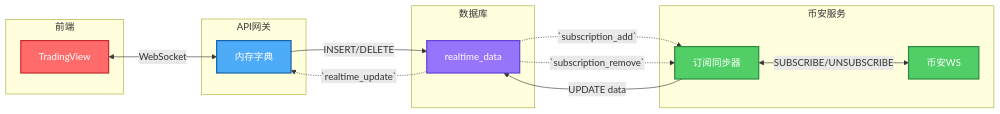
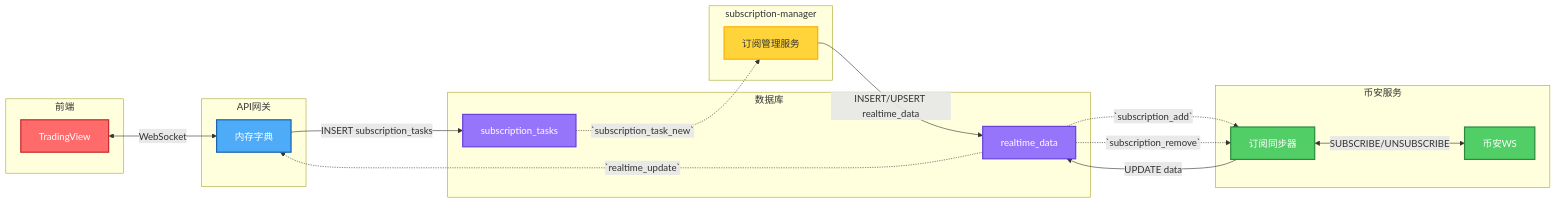
One commit to mj2154/quant-trading-system-2602 changed the second of 8 diagrams in docs/backend/design/01-task-subscription.md. Above: the diagram before and after it, drawn with Mermaid. The commit also changed other lines of this file and 5 other files, not shown here.

````diff
--- a/docs/backend/design/01-task-subscription.md
+++ b/docs/backend/design/01-task-subscription.md
@@ -924,40 +1075,49 @@
 ```mermaid
 flowchart LR
     %% 节点样式
     classDef frontend fill:#ff6b6b,stroke:#c92a2a,stroke-width:2px,color:#fff
     classDef gateway fill:#4dabf7,stroke:#1864ab,stroke-width:2px,color:#fff
     classDef database fill:#9775fa,stroke:#6741d9,stroke-width:2px,color:#fff
     classDef binance fill:#51cf66,stroke:#2b8a3e,stroke-width:2px,color:#fff
+    classDef submanager fill:#ffd43b,stroke:#fab005,stroke-width:2px,color:#333
 
     subgraph "前端"
         TV[TradingView]
     end
 
     subgraph "API网关"
         Mem[内存字典]
     end
 
     subgraph "数据库"
+        ST[subscription_tasks]
         RT[realtime_data]
+    end
+
+    subgraph "subscription-manager"
+        SM[订阅管理服务]
     end
 
     subgraph "币安服务"
         Sync[订阅同步器]
         WS[币安WS]
     end
 
     %% 应用样式
     class TV frontend
     class Mem gateway
-    class RT database
+    class ST,RT database
+    class SM submanager
     class Sync,WS binance
 
     %% 连接
     TV <-->|WebSocket| Mem
-    Mem --INSERT/DELETE--> RT
+    Mem --INSERT subscription_tasks--> ST
+    ST -.->|`subscription_task_new`| SM
+    SM --INSERT/UPSERT realtime_data--> RT
     RT -.->|`subscription_add`| Sync
     RT -.->|`subscription_remove`| Sync
     Sync --UPDATE data--> RT
     RT -.->|`realtime_update`| Mem
     Sync <-->|SUBSCRIBE/UNSUBSCRIBE| WS
 ```
````
